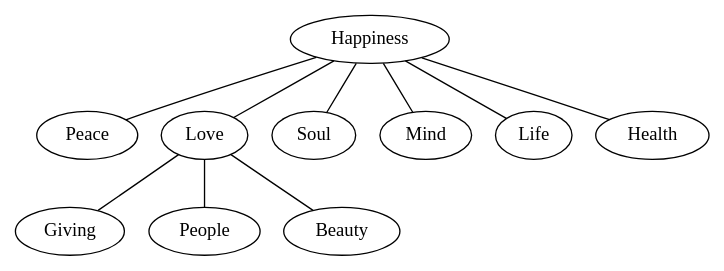
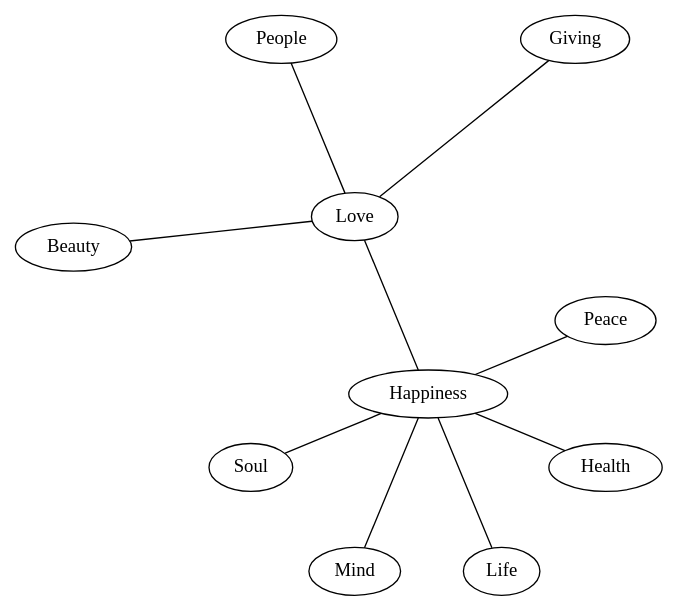
One commit to sisyphus1212/note changed the tenth of 13 diagrams in other/graphviz.md. Above: the diagram before and after it, drawn with Graphviz.

Commit message:
auto_update

````diff
--- a/other/graphviz.md
+++ b/other/graphviz.md
@@ -128,18 +128,19 @@
 ```graphviz
 graph graph_name{
     labelloc="t"
+    layout=twopi; graph [ranksep=2];
 	Happiness -- {
 		Peace
 		Love
 		Soul
 		Mind
 		Life
 		Health
 	}
     Love -- {
 		Giving
 		People
 		Beauty
 	}
 }
 ```
````
